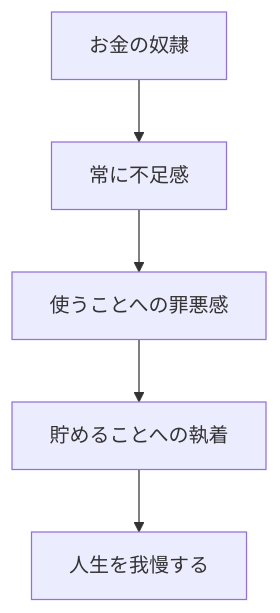
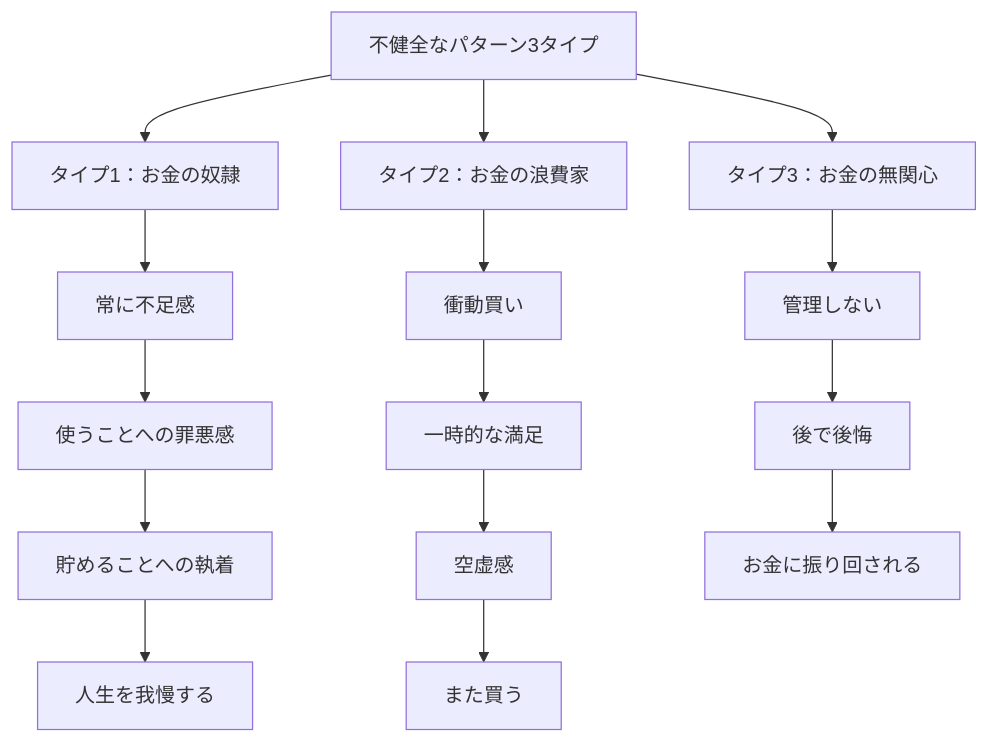
The second of 4 diagrams in content/blog/280-healthy-money-relationship-philosophy.md (tndg16-bot/portfolio-site), drawn with Mermaid before and after one commit. The commit also changed other lines of this file and 19 other files, not shown here.

````diff
--- a/content/blog/280-healthy-money-relationship-philosophy.md
+++ b/content/blog/280-healthy-money-relationship-philosophy.md
@@ -62,8 +67,21 @@
 ```mermaid
 graph TD
-    A[お金の奴隷]
-    A --> B[常に不足感]
-    B --> C[使うことへの罪悪感]
-    C --> D[貯めることへの執着]
-    D --> E[人生を我慢する]
+    A[不健全なパターン3タイプ]
+    
+    A --> B[タイプ1：お金の奴隷]
+    B --> B1[常に不足感]
+    B1 --> B2[使うことへの罪悪感]
+    B2 --> B3[貯めることへの執着]
+    B3 --> B4[人生を我慢する]
+    
+    A --> C[タイプ2：お金の浪費家]
+    C --> C1[衝動買い]
+    C1 --> C2[一時的な満足]
+    C2 --> C3[空虚感]
+    C3 --> C4[また買う]
+    
+    A --> D[タイプ3：お金の無関心]
+    D --> D1[管理しない]
+    D1 --> D2[後で後悔]
+    D2 --> D3[お金に振り回される]
 ```
````
